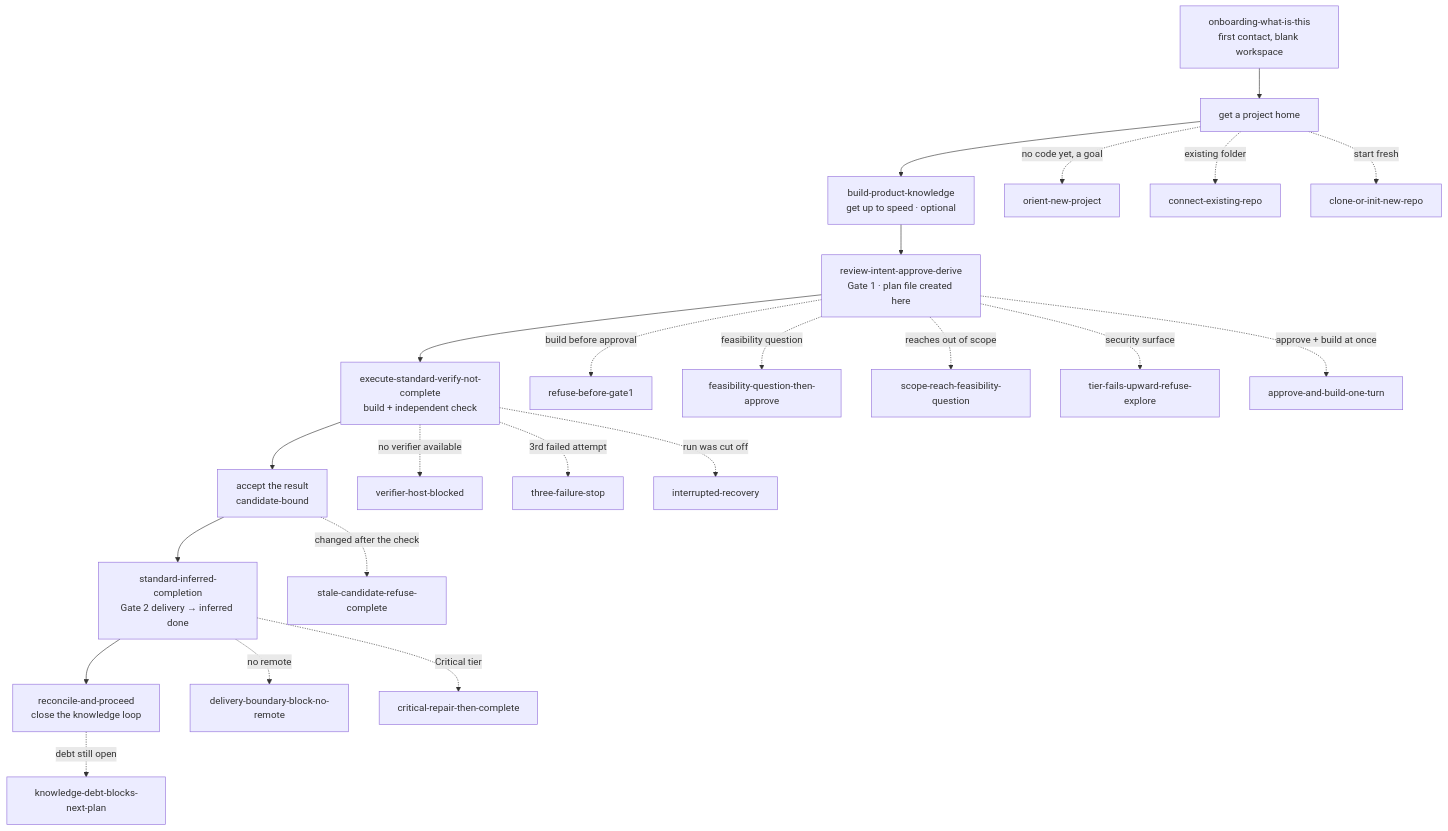
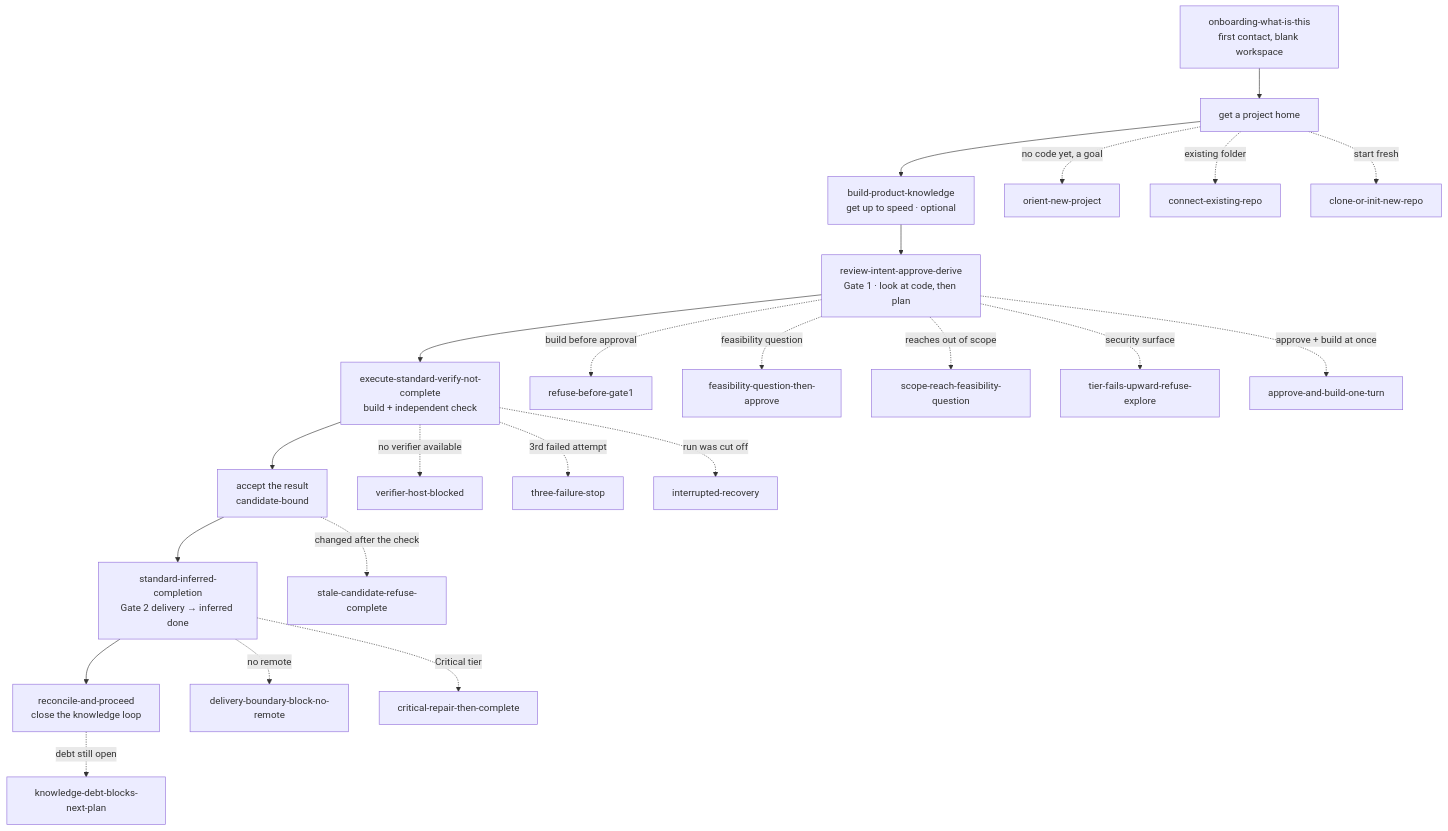
One commit to kaotypr/context-circuit-source changed the diagram in agent-harness/conversations/FLOW.md. Above: the diagram before and after it, drawn with Mermaid. The commit also changed other lines of this file and 14 other files, not shown here.

````diff
--- a/agent-harness/conversations/FLOW.md
+++ b/agent-harness/conversations/FLOW.md
@@ -16,30 +16,30 @@
 ```mermaid
 flowchart TD
   A[onboarding-what-is-this<br/>first contact, blank workspace] --> B[get a project home]
   B --> C[build-product-knowledge<br/>get up to speed  · optional]
-  C --> D[review-intent-approve-derive<br/>Gate 1 · plan file created here]
+  C --> D[review-intent-approve-derive<br/>Gate 1 · look at code, then plan]
   D --> E[execute-standard-verify-not-complete<br/>build + independent check]
   E --> F[accept the result<br/>candidate-bound]
   F --> G[standard-inferred-completion<br/>Gate 2 delivery → inferred done]
   G --> H[reconcile-and-proceed<br/>close the knowledge loop]
 
   B -.->|no code yet, a goal| B1[orient-new-project]
   B -.->|existing folder| B2[connect-existing-repo]
   B -.->|start fresh| B3[clone-or-init-new-repo]
 
   D -.->|build before approval| R1[refuse-before-gate1]
   D -.->|feasibility question| R2[feasibility-question-then-approve]
   D -.->|reaches out of scope| R3[scope-reach-feasibility-question]
   D -.->|security surface| R4[tier-fails-upward-refuse-explore]
   D -.->|approve + build at once| R5[approve-and-build-one-turn]
 
   E -.->|no verifier available| X1[verifier-host-blocked]
   E -.->|3rd failed attempt| X2[three-failure-stop]
   E -.->|run was cut off| X3[interrupted-recovery]
 
   F -.->|changed after the check| Y1[stale-candidate-refuse-complete]
   G -.->|no remote| Y2[delivery-boundary-block-no-remote]
   G -.->|Critical tier| Y3[critical-repair-then-complete]
 
   H -.->|debt still open| Z1[knowledge-debt-blocks-next-plan]
 ```
````
